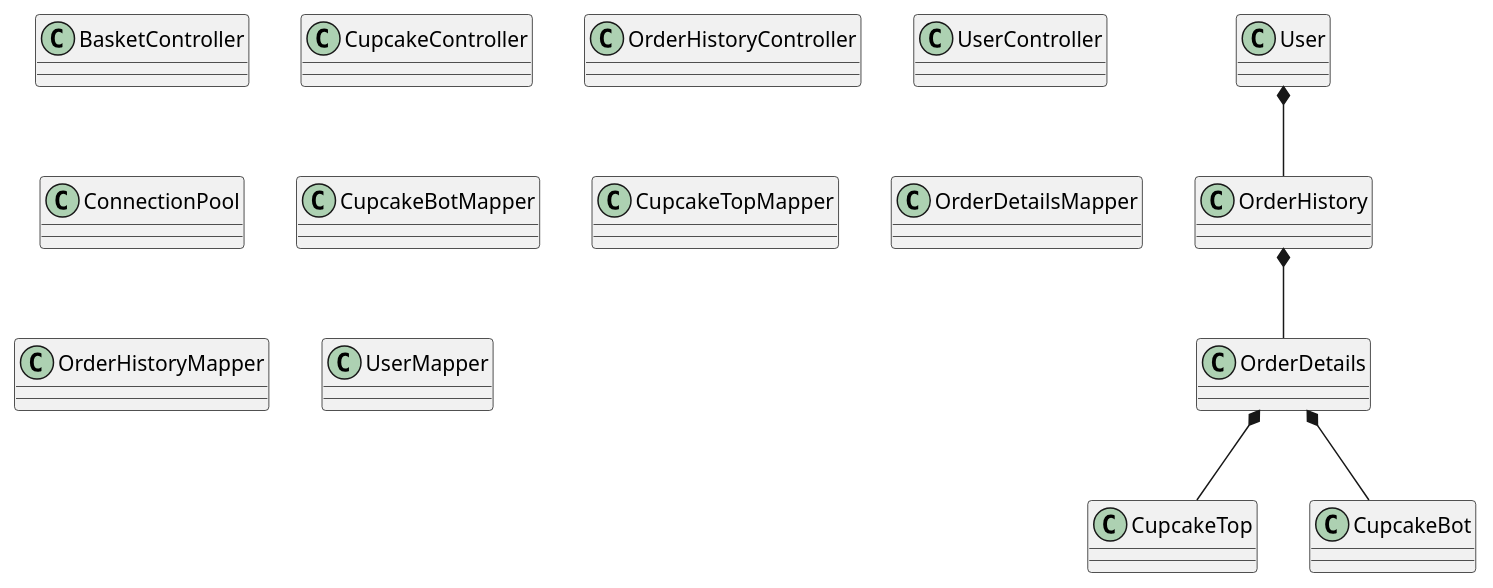
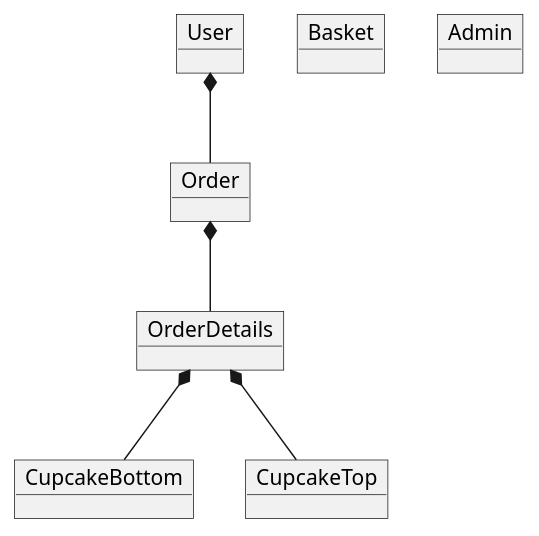
One commit to EmilDagsberg/Cupcake-Project changed the diagram in doc/domainDiagram.puml. Above: the diagram before and after it, drawn with PlantUML. The commit also changed 1 other file, not shown here.

```diff
--- a/doc/domainDiagram.puml
+++ b/doc/domainDiagram.puml
@@ -1,23 +1,15 @@
 @startuml
-class User
-class OrderHistory
-class OrderDetails
-class CupcakeTop
-class CupcakeBot
-class BasketController
-class CupcakeController
-class OrderHistoryController
-class UserController
-class ConnectionPool
-class CupcakeBotMapper
-class CupcakeTopMapper
-class OrderDetailsMapper
-class OrderHistoryMapper
-class UserMapper
+Object User
+Object Order
+Object OrderDetails
+Object Basket
+Object Admin
+Object CupcakeBottom
+Object CupcakeTop
 
-User *-- OrderHistory
-OrderHistory *-- OrderDetails
-OrderDetails *-- CupcakeBot
+User *-- Order
+Order *-- OrderDetails
+OrderDetails *-- CupcakeBottom
 OrderDetails *-- CupcakeTop
 
 @enduml
```
